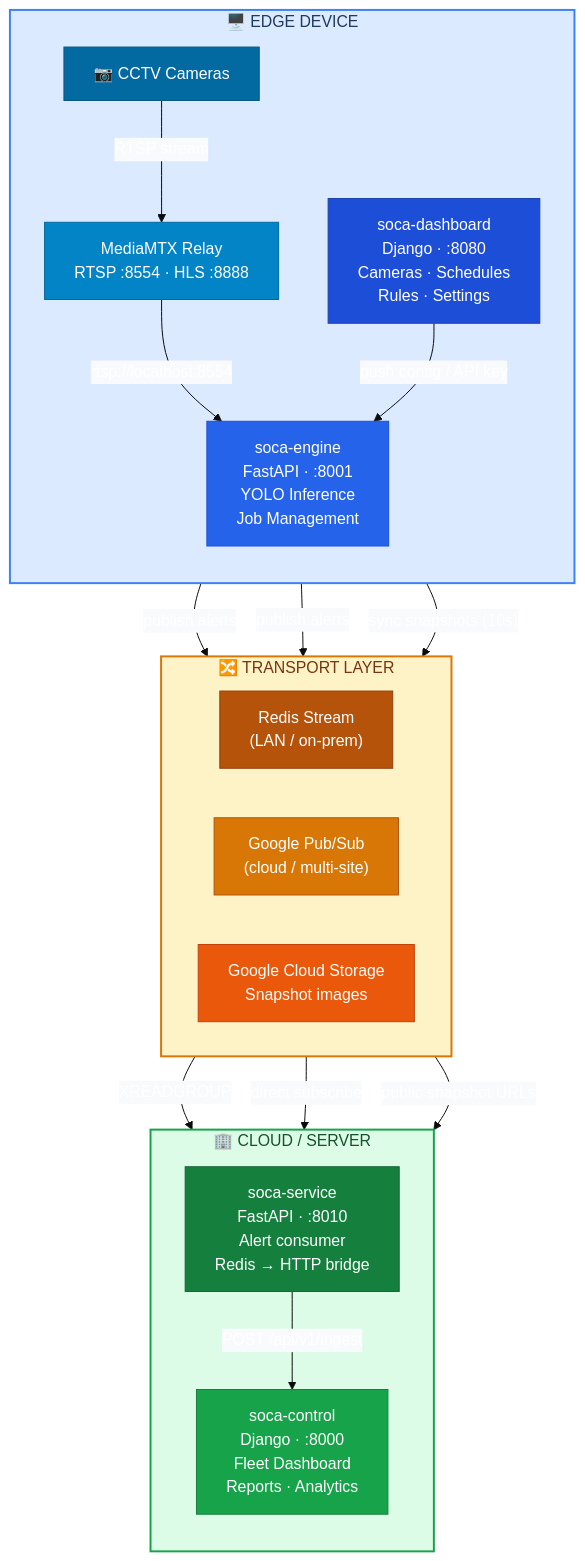
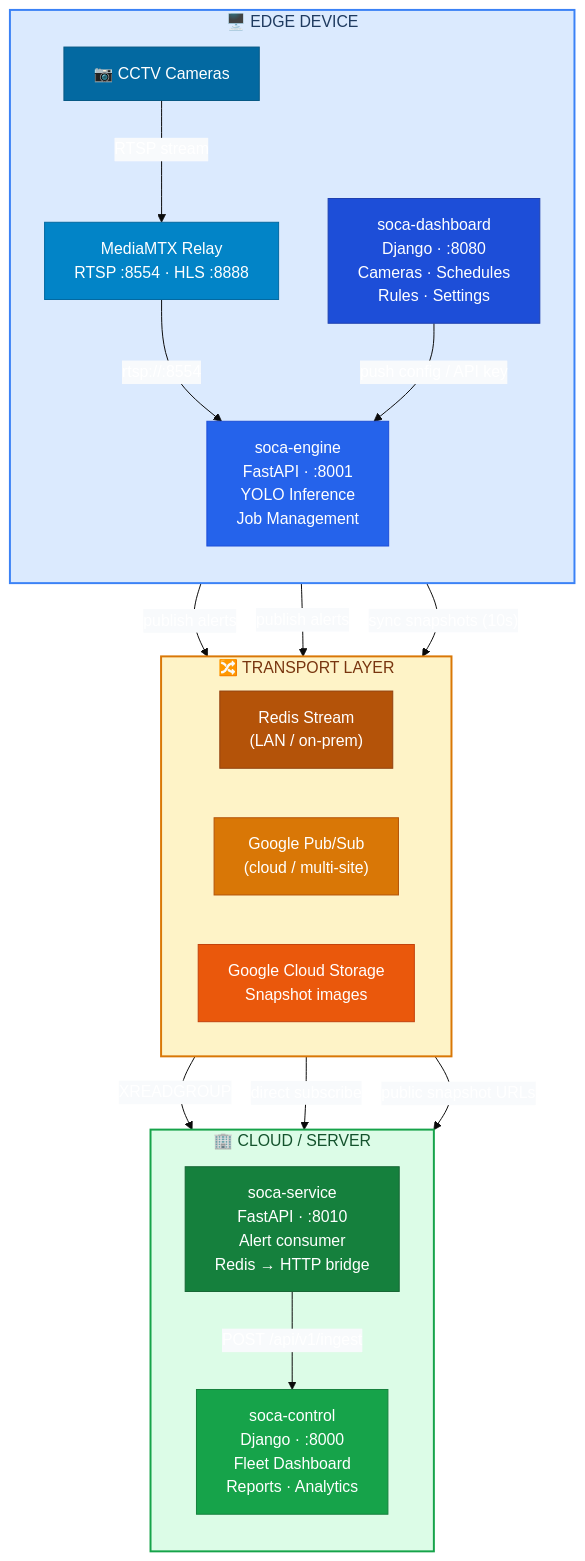
The first of 7 diagrams in architecture/system-overview.md (irpus1603/soca-documentation), drawn with Mermaid before and after one commit. The commit also changed other lines of this file and 21 other files, not shown here.

````diff
--- a/architecture/system-overview.md
+++ b/architecture/system-overview.md
@@ -11,50 +11,50 @@
 ```mermaid
 %%{init: {'theme': 'base', 'themeVariables': {'primaryTextColor': '#ffffff', 'edgeLabelBackground': '#f8fafc'}}}%%
 graph TB
     subgraph EDGE["🖥️  EDGE DEVICE"]
         direction TB
         CAM["📷 CCTV Cameras"]
         MTX["MediaMTX Relay\nRTSP :8554 · HLS :8888"]
         DASH["soca-dashboard\nDjango · :8080\nCameras · Schedules\nRules · Settings"]
         ENG["soca-engine\nFastAPI · :8001\nYOLO Inference\nJob Management"]
 
         CAM -->|RTSP stream| MTX
-        MTX -->|rtsp://localhost:8554| ENG
+        MTX -->|rtsp://<edge-ip>:8554| ENG
         DASH -->|push config / API key| ENG
     end
 
     subgraph TRANSPORT["🔀  TRANSPORT LAYER"]
         direction LR
         REDIS["Redis Stream\n(LAN / on-prem)"]
         PUBSUB["Google Pub/Sub\n(cloud / multi-site)"]
         GCS["Google Cloud Storage\nSnapshot images"]
     end
 
     subgraph CLOUD["🏢  CLOUD / SERVER"]
         direction TB
         SVC["soca-service\nFastAPI · :8010\nAlert consumer\nRedis → HTTP bridge"]
         CTRL["soca-control\nDjango · :8000\nFleet Dashboard\nReports · Analytics"]
     end
 
     ENG -->|"publish alerts"| REDIS
     ENG -->|"publish alerts"| PUBSUB
     ENG -->|"sync snapshots (10s)"| GCS
 
     REDIS -->|XREADGROUP| SVC
     SVC -->|"POST /api/v1/ingest"| CTRL
     PUBSUB -->|"direct subscribe"| CTRL
     GCS -->|"public snapshot URLs"| CTRL
 
     style EDGE fill:#dbeafe,stroke:#3b82f6,stroke-width:2px,color:#1e3a5f
     style TRANSPORT fill:#fef3c7,stroke:#d97706,stroke-width:2px,color:#78350f
     style CLOUD fill:#dcfce7,stroke:#16a34a,stroke-width:2px,color:#14532d
     style CAM fill:#0369a1,stroke:#075985,color:#ffffff
     style MTX fill:#0284c7,stroke:#0369a1,color:#ffffff
     style DASH fill:#1d4ed8,stroke:#1e40af,color:#ffffff
     style ENG fill:#2563eb,stroke:#1d4ed8,color:#ffffff
     style REDIS fill:#b45309,stroke:#92400e,color:#ffffff
     style PUBSUB fill:#d97706,stroke:#b45309,color:#ffffff
     style GCS fill:#ea580c,stroke:#c2410c,color:#ffffff
     style SVC fill:#15803d,stroke:#166534,color:#ffffff
     style CTRL fill:#16a34a,stroke:#15803d,color:#ffffff
 ```
````
